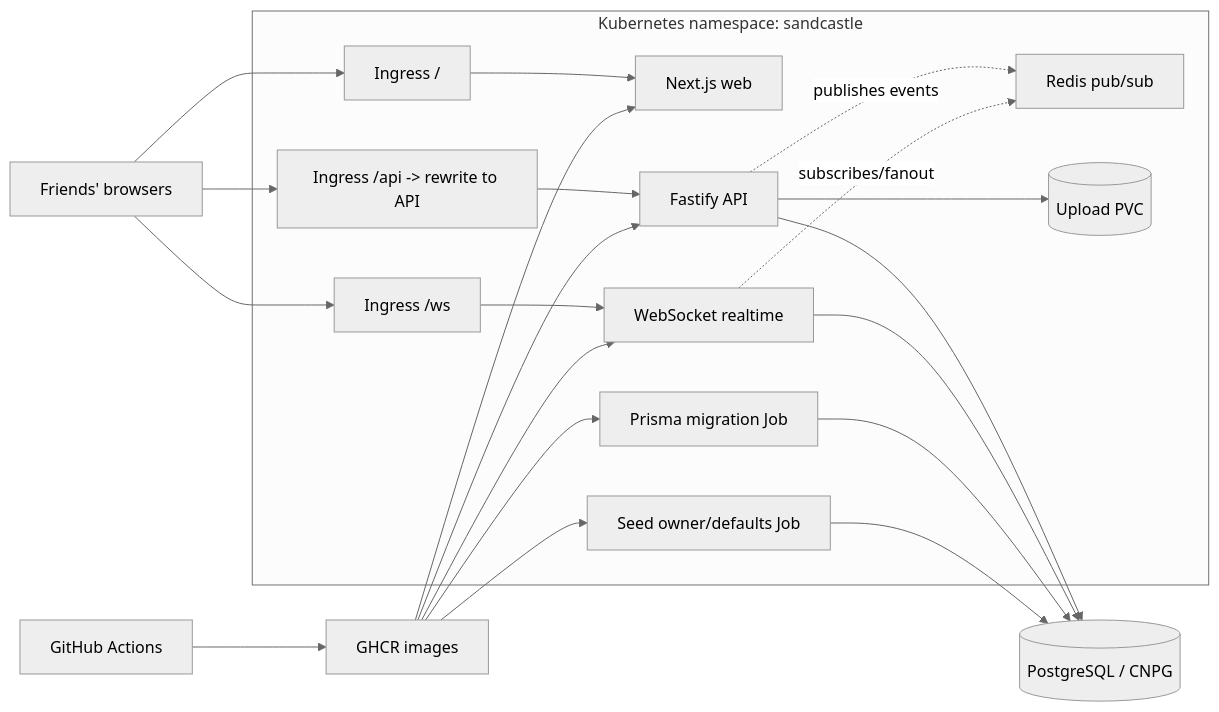
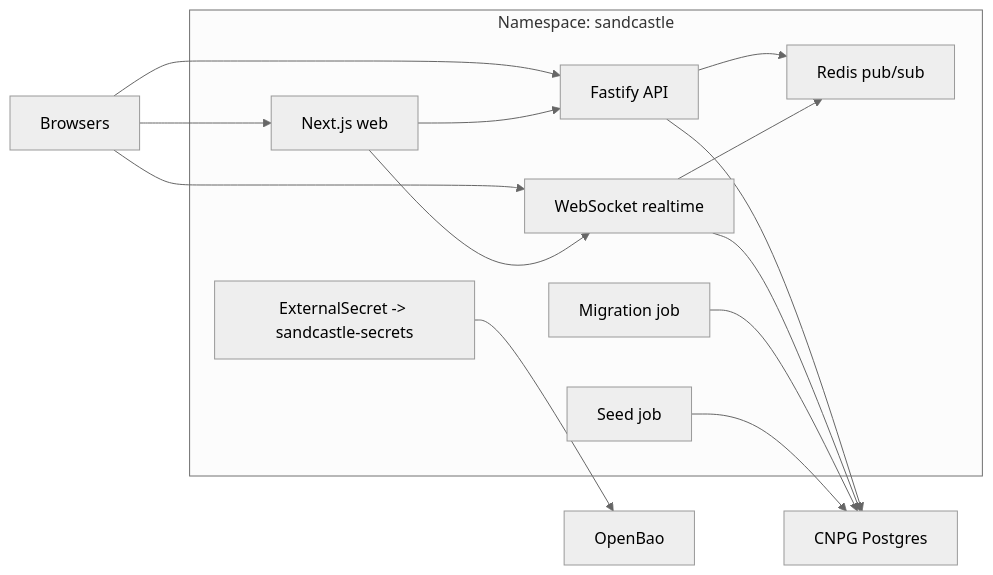
The diagram in docs/architecture.md (BoLB23/sandcastle), drawn with Mermaid (neutral theme) before and after one commit. The commit also changed other lines of this file and 52 other files, not shown here.

````diff
--- a/docs/architecture.md
+++ b/docs/architecture.md
@@ -5,40 +5,28 @@
 ```mermaid
 flowchart LR
-  user[Friends' browsers]
-  gha[GitHub Actions]
-  ghcr[GHCR images]
+  user["Browsers"]
+  subgraph sandcastle["Namespace: sandcastle"]
+    web["Next.js web"]
+    api["Fastify API"]
+    rt["WebSocket realtime"]
+    redis["Redis pub/sub"]
+    migrate["Migration job"]
+    seed["Seed job"]
+    eso["ExternalSecret -> sandcastle-secrets"]
+  end
+  bao["OpenBao"]
+  pg["CNPG Postgres"]
 
-  subgraph k8s[Kubernetes namespace: sandcastle]
-    ingressWeb[Ingress /]
-    ingressApi[Ingress /api -> rewrite to API]
-    ingressWs[Ingress /ws]
-    web[Next.js web]
-    api[Fastify API]
-    rt[WebSocket realtime]
-    redis[Redis pub/sub]
-    pvc[(Upload PVC)]
-    migrate[Prisma migration Job]
-    seed[Seed owner/defaults Job]
-  end
-
-  pg[(PostgreSQL / CNPG)]
-
-  user --> ingressWeb --> web
-  user --> ingressApi --> api
-  user --> ingressWs --> rt
-
+  user --> web
+  user --> api
+  user --> rt
+  web --> api
+  web --> rt
   api --> pg
   rt --> pg
+  api --> redis
+  rt --> redis
   migrate --> pg
   seed --> pg
-  api --> pvc
-  api -. publishes events .-> redis
-  rt -. subscribes/fanout .-> redis
-
-  gha --> ghcr
-  ghcr --> web
-  ghcr --> api
-  ghcr --> rt
-  ghcr --> migrate
-  ghcr --> seed
+  eso --> bao
 ```
````
